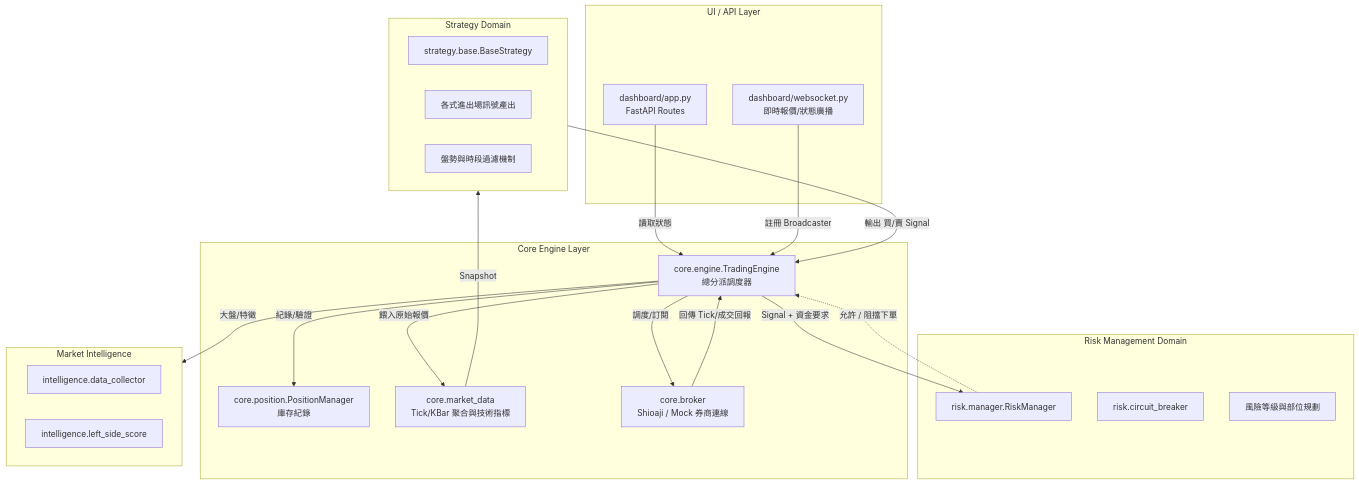
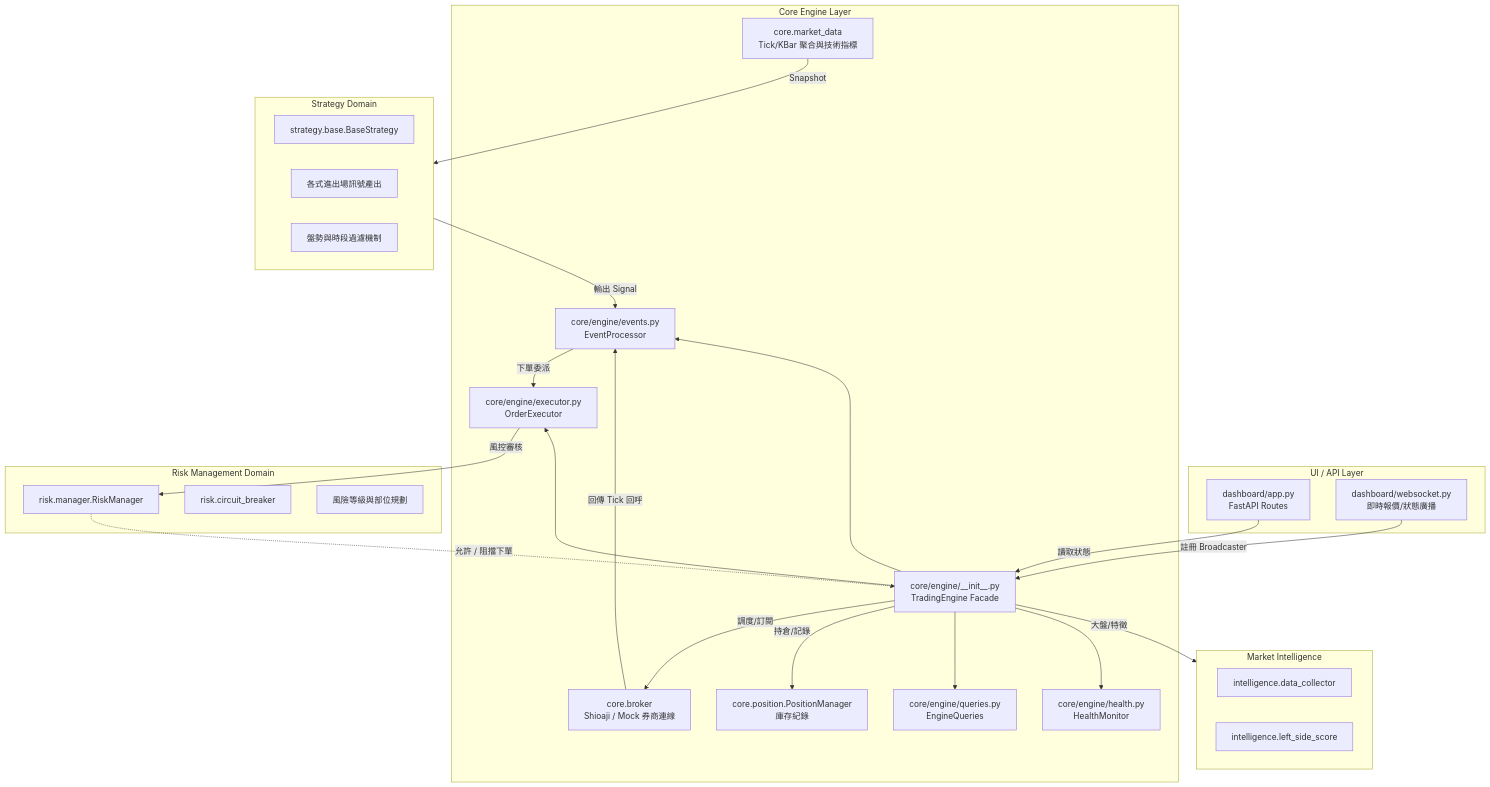
Before and after one commit to stanford201807/ultra-trader: the diagram in Readme_架構.md, drawn with Mermaid. The commit also changed other lines of this file and 97 other files, not shown here.

Commit message:
feat: implement engine core components, backtest service, and modularize dashboard frontend

````diff
--- a/Readme_架構.md
+++ b/Readme_架構.md
@@ -40,44 +40,52 @@
 ```mermaid
 graph TD
     subgraph Dashboard[UI / API Layer]
         App[dashboard/app.py<br>FastAPI Routes]
         WS[dashboard/websocket.py<br>即時報價/狀態廣播]
     end
 
     subgraph Core[Core Engine Layer]
-        Engine[core.engine.TradingEngine<br>總分派調度器]
+        Engine[core/engine/__init__.py<br>TradingEngine Facade]
+        Events[core/engine/events.py<br>EventProcessor]
+        Exec[core/engine/executor.py<br>OrderExecutor]
+        Queries[core/engine/queries.py<br>EngineQueries]
+        Health[core/engine/health.py<br>HealthMonitor]
         PosMgr[core.position.PositionManager<br>庫存紀錄]
         Market[core.market_data<br>Tick/KBar 聚合與技術指標]
         Broker[core.broker<br>Shioaji / Mock 券商連線]
     end
 
     subgraph Strategy[Strategy Domain]
         BaseStrat[strategy.base.BaseStrategy]
         Signals[各式進出場訊號產出]
         Filters[盤勢與時段過濾機制]
     end
 
     subgraph Risk[Risk Management Domain]
         RiskMgr[risk.manager.RiskManager]
         CB[risk.circuit_breaker]
         PosSize[風險等級與部位規劃]
     end
 
     subgraph Intelligence[Market Intelligence]
         DataColl[intelligence.data_collector]
         Scores[intelligence.left_side_score]
     end
 
     %% Dependencies
     Engine -->|調度/訂閱| Broker
-    Engine -->|紀錄/驗證| PosMgr
-    Engine -->|餵入原始報價| Market
-    Broker -->|回傳 Tick/成交回報| Engine
+    Engine -->|持倉/記錄| PosMgr
+    Engine --> Events
+    Engine --> Exec
+    Engine --> Queries
+    Engine --> Health
+    Broker -->|回傳 Tick 回呼| Events
     Market -->|Snapshot| Strategy
-    Strategy -->|輸出 買/賣 Signal| Engine
-    Engine -->|Signal + 資金要求| RiskMgr
+    Strategy -->|輸出 Signal| Events
+    Events -->|下單委派| Exec
+    Exec -->|風控審核| RiskMgr
     RiskMgr -.->|允許 / 阻擋下單| Engine
     Engine -->|大盤/特徵| Intelligence
     App -->|讀取狀態| Engine
     WS -->|註冊 Broadcaster| Engine
 ```
````
